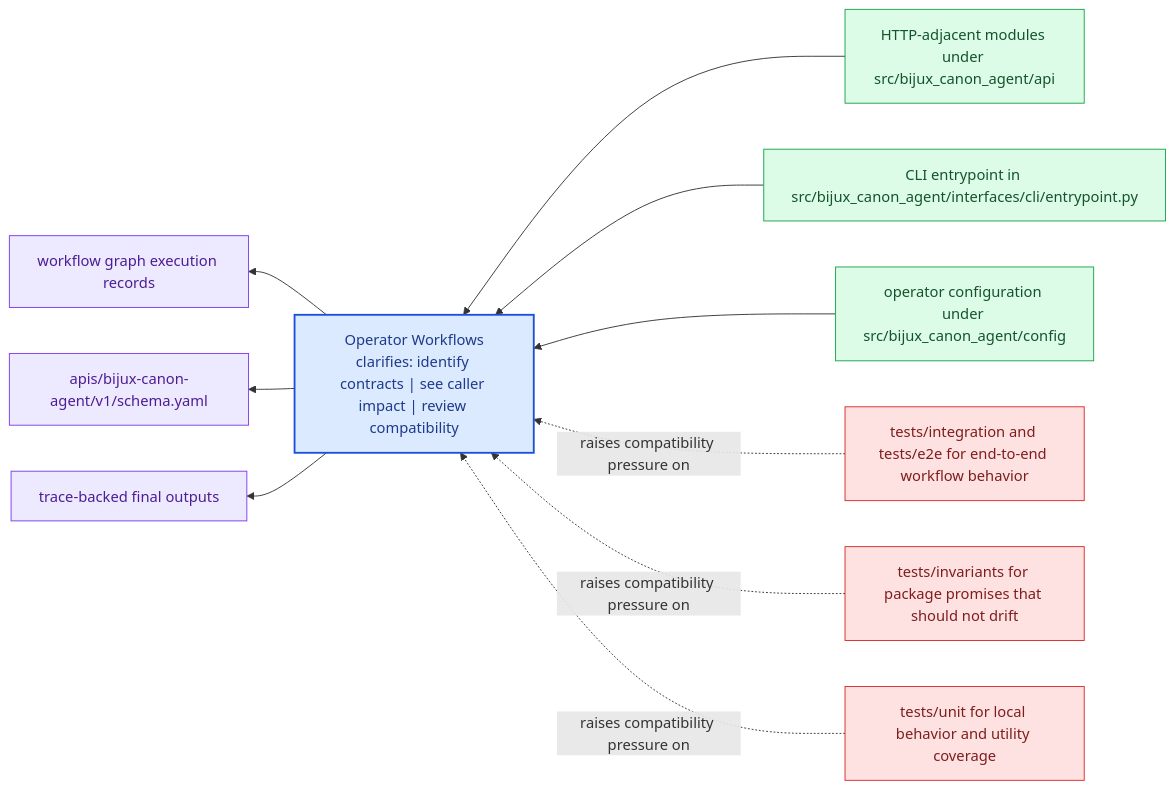
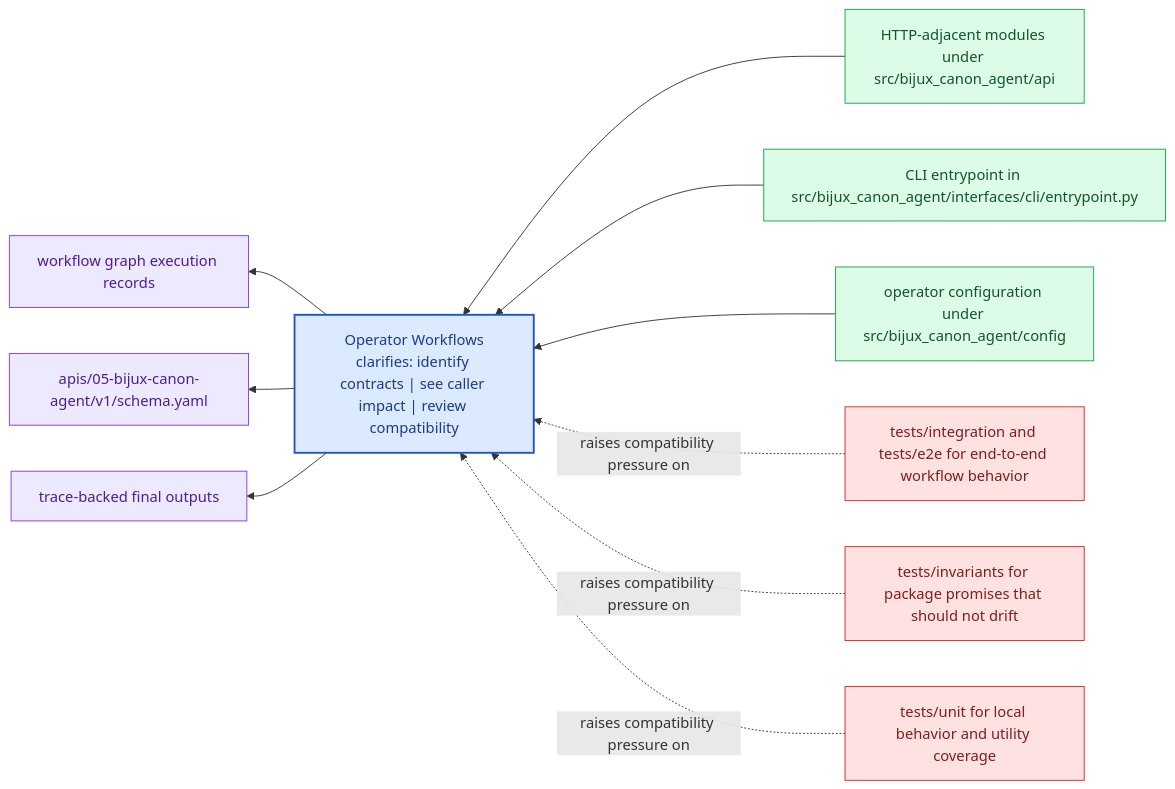
One commit to bijux/bijux-canon changed the diagram in docs/05-bijux-canon-agent/interfaces/operator-workflows.md. Above: the diagram before and after it, drawn with Mermaid. The commit also changed other lines of this file and 167 other files, not shown here.

````diff
--- a/docs/05-bijux-canon-agent/interfaces/operator-workflows.md
+++ b/docs/05-bijux-canon-agent/interfaces/operator-workflows.md
@@ -22,31 +22,31 @@
 ```mermaid
 flowchart RL
     page["Operator Workflows<br/>clarifies: identify contracts | see caller impact | review compatibility"]
     classDef page fill:#dbeafe,stroke:#1d4ed8,color:#1e3a8a,stroke-width:2px;
     classDef positive fill:#dcfce7,stroke:#16a34a,color:#14532d;
     classDef caution fill:#fee2e2,stroke:#dc2626,color:#7f1d1d;
     classDef anchor fill:#ede9fe,stroke:#7c3aed,color:#4c1d95;
     classDef action fill:#fef3c7,stroke:#d97706,color:#7c2d12;
     surface1["HTTP-adjacent modules under src/bijux_canon_agent/api"]
     surface1 --> page
     surface2["CLI entrypoint in src/bijux_canon_agent/interfaces/cli/entrypoint.py"]
     surface2 --> page
     surface3["operator configuration under src/bijux_canon_agent/config"]
     surface3 --> page
     proof1["workflow graph execution records"]
     page --> proof1
-    proof2["apis/bijux-canon-agent/v1/schema.yaml"]
+    proof2["apis/05-bijux-canon-agent/v1/schema.yaml"]
     page --> proof2
     proof3["trace-backed final outputs"]
     page --> proof3
     review1["tests/integration and tests/e2e for end-to-end workflow behavior"]
     review1 -.raises compatibility pressure on.-> page
     review2["tests/invariants for package promises that should not drift"]
     review2 -.raises compatibility pressure on.-> page
     review3["tests/unit for local behavior and utility coverage"]
     review3 -.raises compatibility pressure on.-> page
     class page page;
     class surface1,surface2,surface3 positive;
     class proof1,proof2,proof3 anchor;
     class review1,review2,review3 caution;
 ```
````
